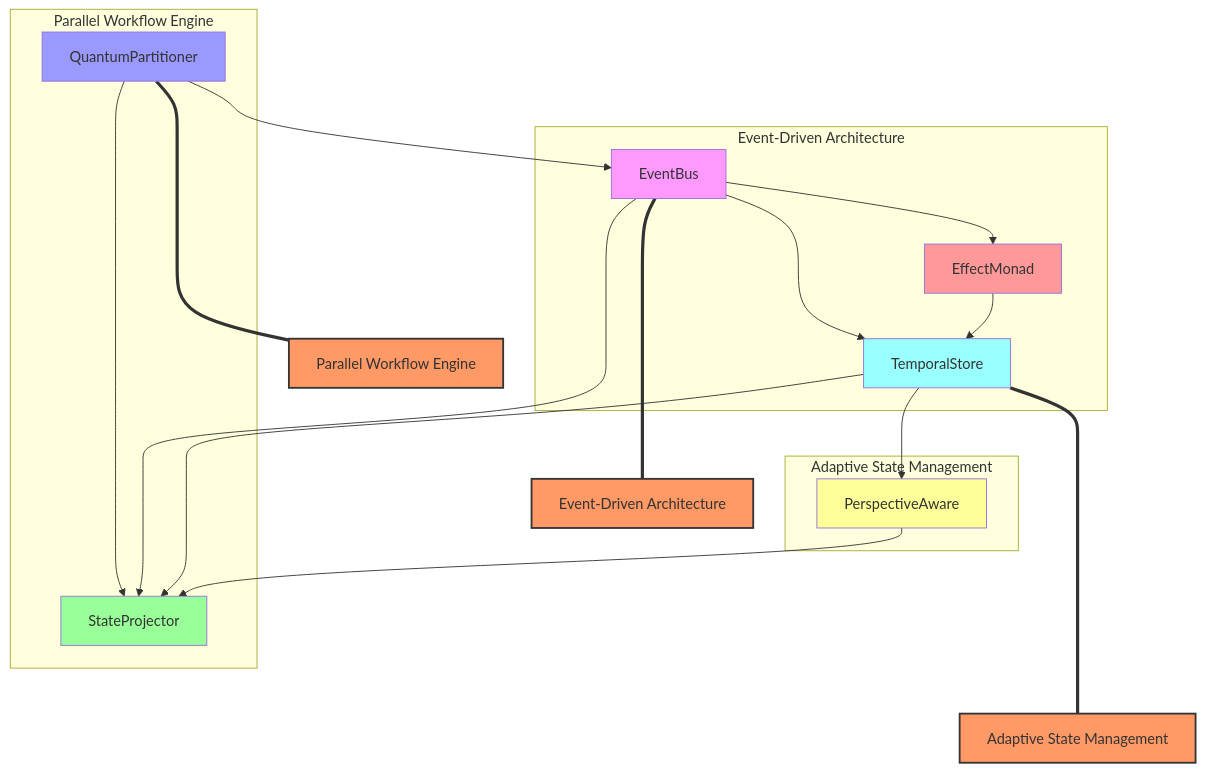
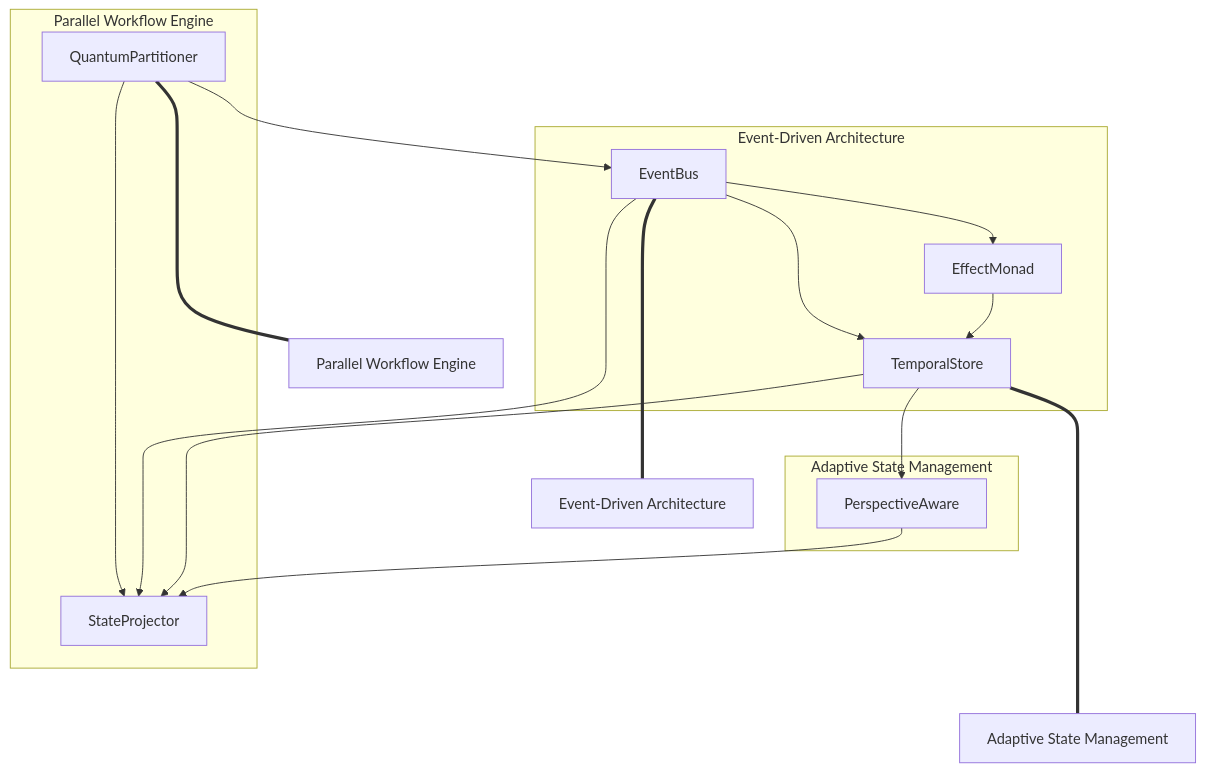
The diagram in docs/project-management/planning/nerv/composites/index.md (inherent-design/atlas), drawn with Mermaid before and after one commit. The commit also changed 7 other files, not shown here.

First line of the commit message:
refactor: remove inline styling from mermaid diagrams

````diff
--- a/docs/project-management/planning/nerv/composites/index.md
+++ b/docs/project-management/planning/nerv/composites/index.md
@@ -23,44 +23,34 @@
 ```mermaid
 graph TD
     %% Components
     EventBus[EventBus]
     TemporalStore[TemporalStore]
     PerspectiveAware[PerspectiveAware]
     StateProjector[StateProjector]
     EffectMonad[EffectMonad]
     QuantumPartitioner[QuantumPartitioner]
 
     %% Composite Systems
     subgraph "Event-Driven Architecture"
         EventBus --> EffectMonad
         EventBus --> TemporalStore
         EffectMonad --> TemporalStore
     end
 
     subgraph "Parallel Workflow Engine"
         QuantumPartitioner --> EventBus
         QuantumPartitioner --> StateProjector
         EventBus --> StateProjector
     end
 
     subgraph "Adaptive State Management"
         TemporalStore --> PerspectiveAware
         TemporalStore --> StateProjector
         PerspectiveAware --> StateProjector
     end
 
     %% Cross-cutting connections
     EventBus ===== EventDriven[Event-Driven Architecture]
     QuantumPartitioner ===== ParallelWorkflow[Parallel Workflow Engine]
     TemporalStore ===== AdaptiveState[Adaptive State Management]
-
-    class EventDriven,ParallelWorkflow,AdaptiveState composite
-    classDef composite fill:#f96,stroke:#333,stroke-width:2px
-
-    style EventBus fill:#f9f
-    style TemporalStore fill:#9ff
-    style PerspectiveAware fill:#ff9
-    style StateProjector fill:#9f9
-    style EffectMonad fill:#f99
-    style QuantumPartitioner fill:#99f
 ```
````
